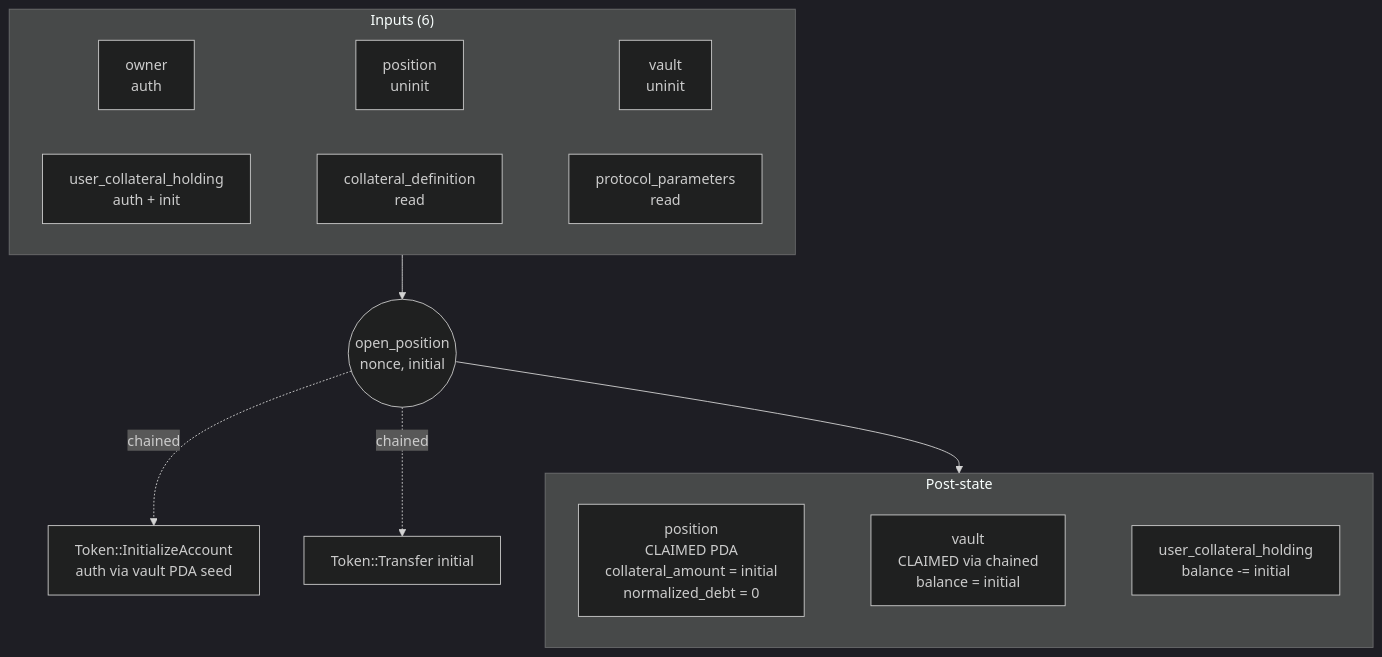
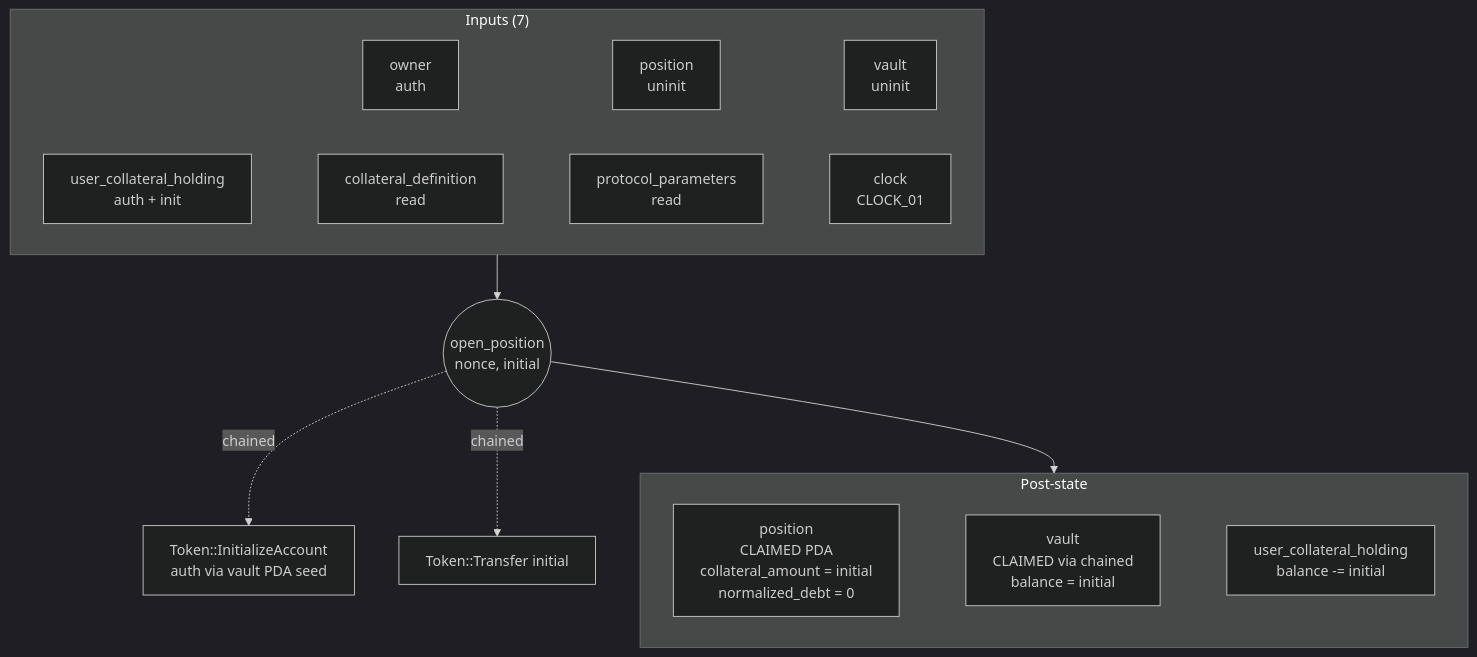
Before and after one commit to logos-blockchain/lez-programs: the seventh of 14 diagrams in docs/stablecoin/README.md, drawn with Mermaid (dark theme). The commit also changed other lines of this file, not shown here.

First line of the commit message:
docs(stablecoin): document the CLOCK_01 clock account

````diff
--- a/docs/stablecoin/README.md
+++ b/docs/stablecoin/README.md
@@ -851,14 +886,14 @@
 ```mermaid
 flowchart TD
-    subgraph In["Inputs (6)"]
+    subgraph In["Inputs (7)"]
         a1[owner<br/>auth] ~~~ a2[position<br/>uninit] ~~~ a3[vault<br/>uninit]
-        a4[user_collateral_holding<br/>auth + init] ~~~ a5[collateral_definition<br/>read] ~~~ a6[protocol_parameters<br/>read]
+        a4[user_collateral_holding<br/>auth + init] ~~~ a5[collateral_definition<br/>read] ~~~ a6[protocol_parameters<br/>read] ~~~ a7[clock<br/>CLOCK_01]
     end
     subgraph Post["Post-state"]
         p1[position<br/>CLAIMED PDA<br/>collateral_amount = initial<br/>normalized_debt = 0] ~~~ p2[vault<br/>CLAIMED via chained<br/>balance = initial] ~~~ p3[user_collateral_holding<br/>balance -= initial]
     end
     In --> Ins((open_position<br/>nonce, initial))
     Ins --> Post
     Ins -.chained.-> C1[Token::InitializeAccount<br/>auth via vault PDA seed]
     Ins -.chained.-> C2[Token::Transfer initial]
 ```
````
